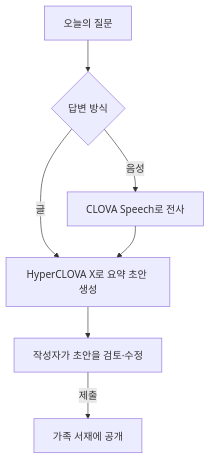
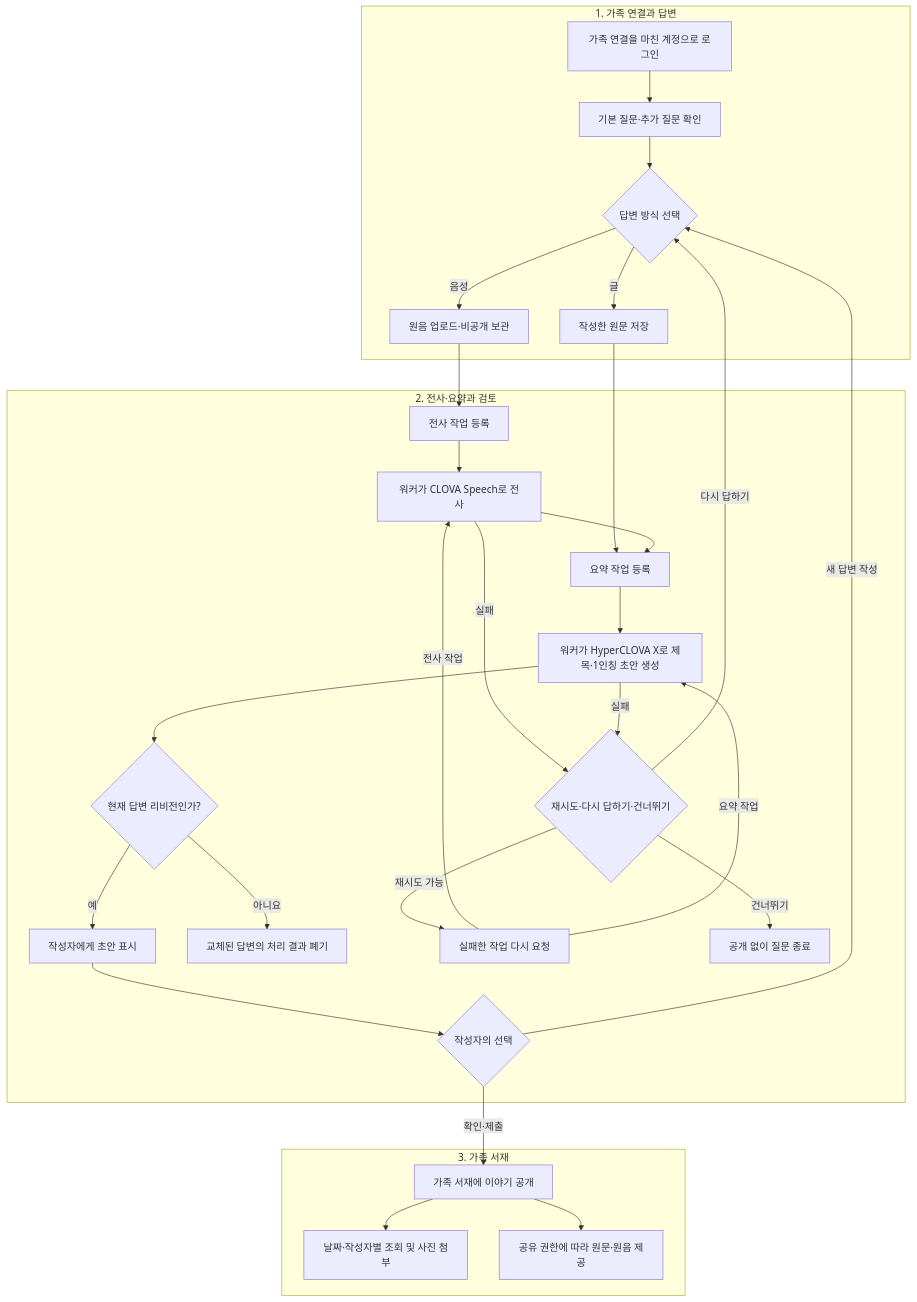
One commit to Hyunhoim/Damso changed the diagram in README.md. Above: the diagram before and after it, drawn with Mermaid. The commit also changed other lines of this file, not shown here.

Commit message:
docs: expand architecture into detailed feature flow

````diff
--- a/README.md
+++ b/README.md
@@ -27,9 +27,35 @@
 ```mermaid
 flowchart TD
-    Q["오늘의 질문"] --> I{"답변 방식"}
-    I -->|"음성"| S["CLOVA Speech로 전사"]
-    I -->|"글"| H["HyperCLOVA X로 요약 초안 생성"]
-    S --> H
-    H --> V["작성자가 초안을 검토·수정"]
-    V -->|"제출"| L["가족 서재에 공개"]
+    subgraph INPUT["1. 가족 연결과 답변"]
+      A["가족 연결을 마친 계정으로 로그인"] --> B["기본 질문·추가 질문 확인"]
+      B --> C{"답변 방식 선택"}
+      C -->|"음성"| D["원음 업로드·비공개 보관"]
+      C -->|"글"| E["작성한 원문 저장"]
+    end
+
+    subgraph WORK["2. 전사·요약과 검토"]
+      D --> F["전사 작업 등록"]
+      F --> G["워커가 CLOVA Speech로 전사"]
+      E --> H["요약 작업 등록"]
+      G --> H
+      H --> I["워커가 HyperCLOVA X로 제목·1인칭 초안 생성"]
+      I --> J{"현재 답변 리비전인가?"}
+      J -->|"예"| K["작성자에게 초안 표시"]
+      J -->|"아니요"| X["교체된 답변의 처리 결과 폐기"]
+      G -->|"실패"| R{"재시도·다시 답하기·건너뛰기"}
+      I -->|"실패"| R
+      R -->|"재시도 가능"| W["실패한 작업 다시 요청"]
+      W -->|"전사 작업"| G
+      W -->|"요약 작업"| I
+      R -->|"다시 답하기"| C
+      R -->|"건너뛰기"| Z["공개 없이 질문 종료"]
+      K --> S{"작성자의 선택"}
+      S -->|"새 답변 작성"| C
+    end
+
+    subgraph SHARE["3. 가족 서재"]
+      S -->|"확인·제출"| L["가족 서재에 이야기 공개"]
+      L --> M["날짜·작성자별 조회 및 사진 첨부"]
+      L --> N["공유 권한에 따라 원문·원음 제공"]
+    end
 ```
````
